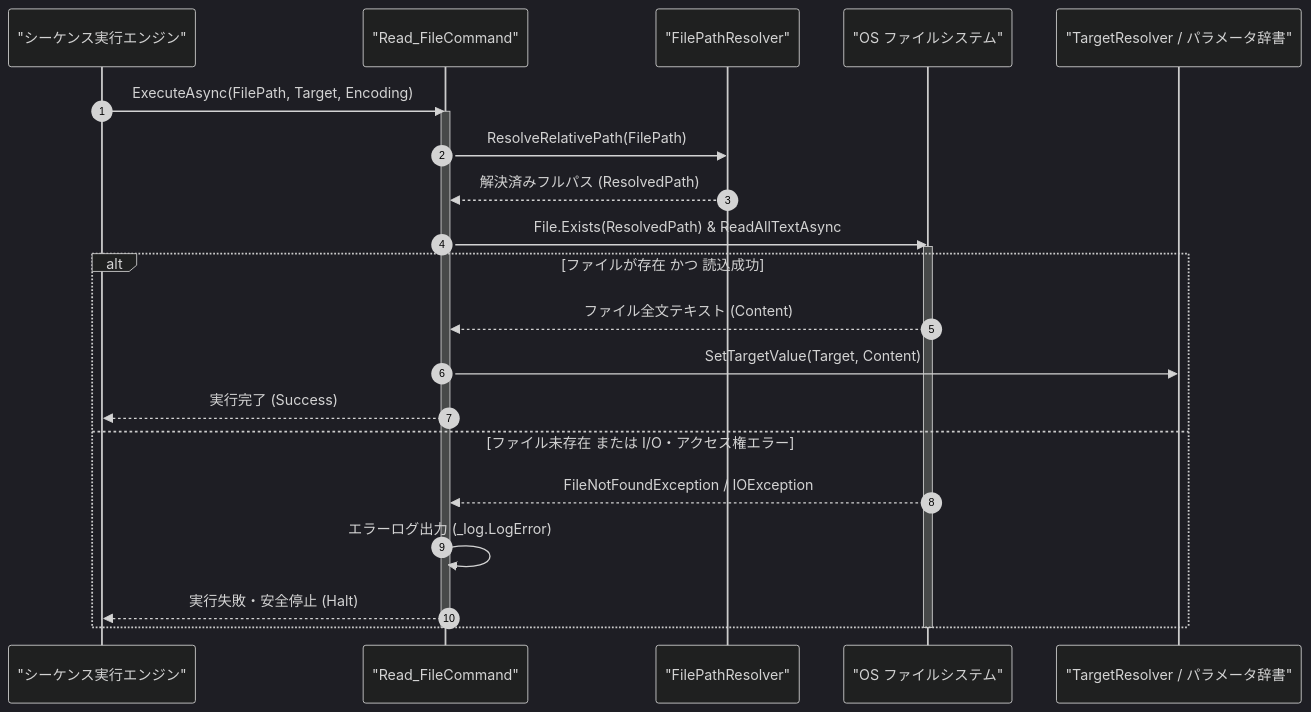
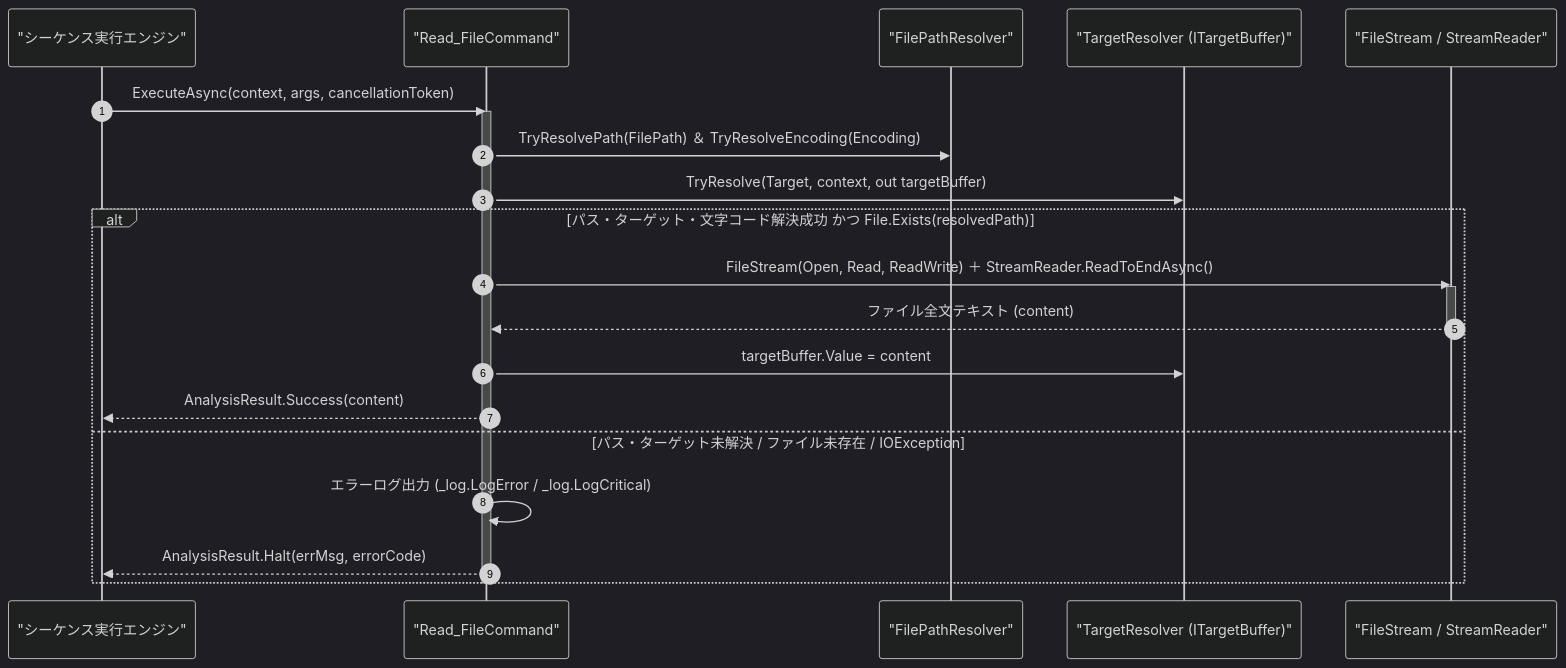
Before and after one commit to Monaca-App/TermAddIn: the diagram in Manual/Core/File/Read_File.Md, drawn with Mermaid (dark theme). The commit also changed other lines of this file and 157 other files, not shown here.

````diff
--- a/Manual/Core/File/Read_File.Md
+++ b/Manual/Core/File/Read_File.Md
@@ -70,27 +70,26 @@
 ```mermaid
 sequenceDiagram
     autonumber
     participant Engine as "シーケンス実行エンジン"
     participant Cmd as "Read_FileCommand"
     participant Resolver as "FilePathResolver"
-    participant FS as "OS ファイルシステム"
-    participant Target as "TargetResolver / パラメータ辞書"
+    participant Target as "TargetResolver (ITargetBuffer)"
+    participant FS as "FileStream / StreamReader"
 
-    Engine->>Cmd: ExecuteAsync(FilePath, Target, Encoding)
+    Engine->>Cmd: ExecuteAsync(context, args, cancellationToken)
     activate Cmd
-    Cmd->>Resolver: ResolveRelativePath(FilePath)
-    Resolver-->>Cmd: 解決済みフルパス (ResolvedPath)
-    Cmd->>FS: File.Exists(ResolvedPath) & ReadAllTextAsync
-    activate FS
-    alt ファイルが存在 かつ 読込成功
-        FS-->>Cmd: ファイル全文テキスト (Content)
-        Cmd->>Target: SetTargetValue(Target, Content)
-        Cmd-->>Engine: 実行完了 (Success)
-    else ファイル未存在 または I/O・アクセス権エラー
-        FS-->>Cmd: FileNotFoundException / IOException
-        Cmd->>Cmd: エラーログ出力 (_log.LogError)
-        Cmd-->>Engine: 実行失敗・安全停止 (Halt)
+    Cmd->>Resolver: TryResolvePath(FilePath) ＆ TryResolveEncoding(Encoding)
+    Cmd->>Target: TryResolve(Target, context, out targetBuffer)
+    alt パス・ターゲット・文字コード解決成功 かつ File.Exists(resolvedPath)
+        Cmd->>FS: FileStream(Open, Read, ReadWrite) ＋ StreamReader.ReadToEndAsync()
+        activate FS
+        FS-->>Cmd: ファイル全文テキスト (content)
+        deactivate FS
+        Cmd->>Target: targetBuffer.Value = content
+        Cmd-->>Engine: AnalysisResult.Success(content)
+    else パス・ターゲット未解決 / ファイル未存在 / IOException
+        Cmd->>Cmd: エラーログ出力 (_log.LogError / _log.LogCritical)
+        Cmd-->>Engine: AnalysisResult.Halt(errMsg, errorCode)
     end
-    deactivate FS
     deactivate Cmd
 ```
````
